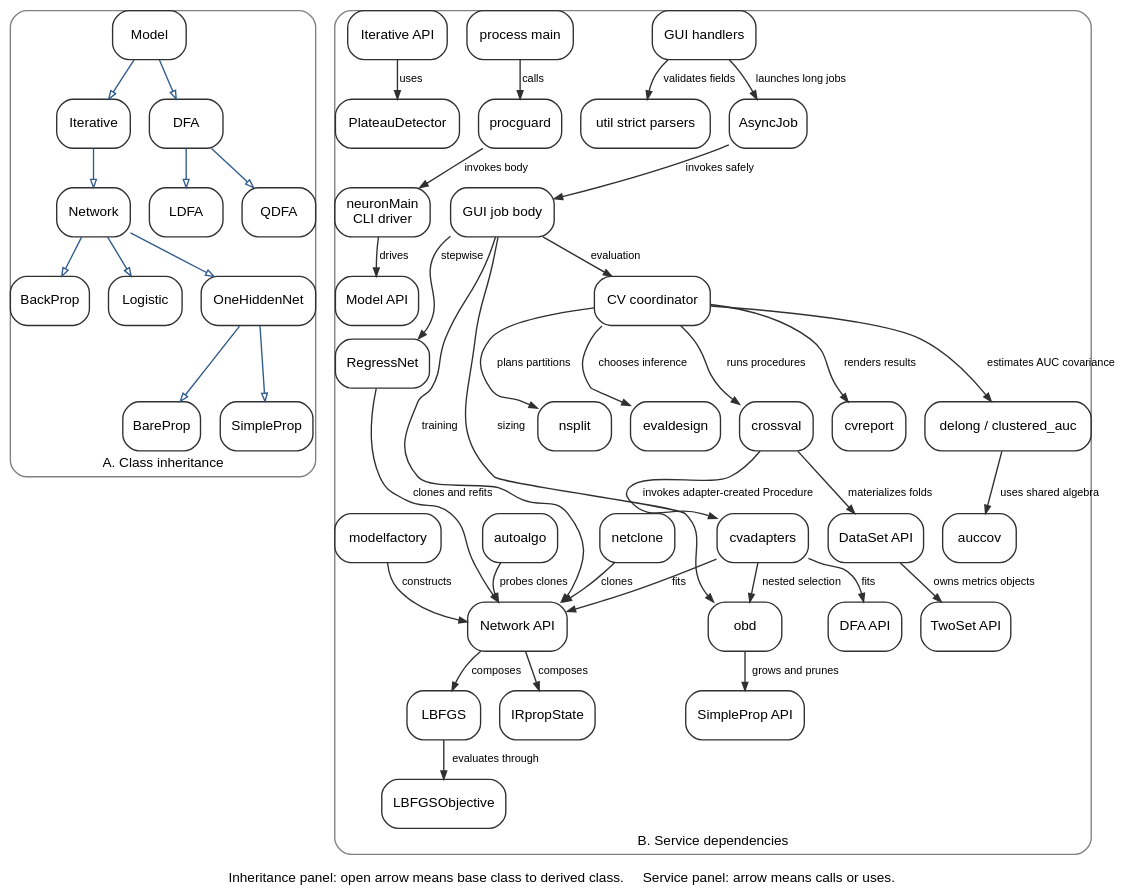
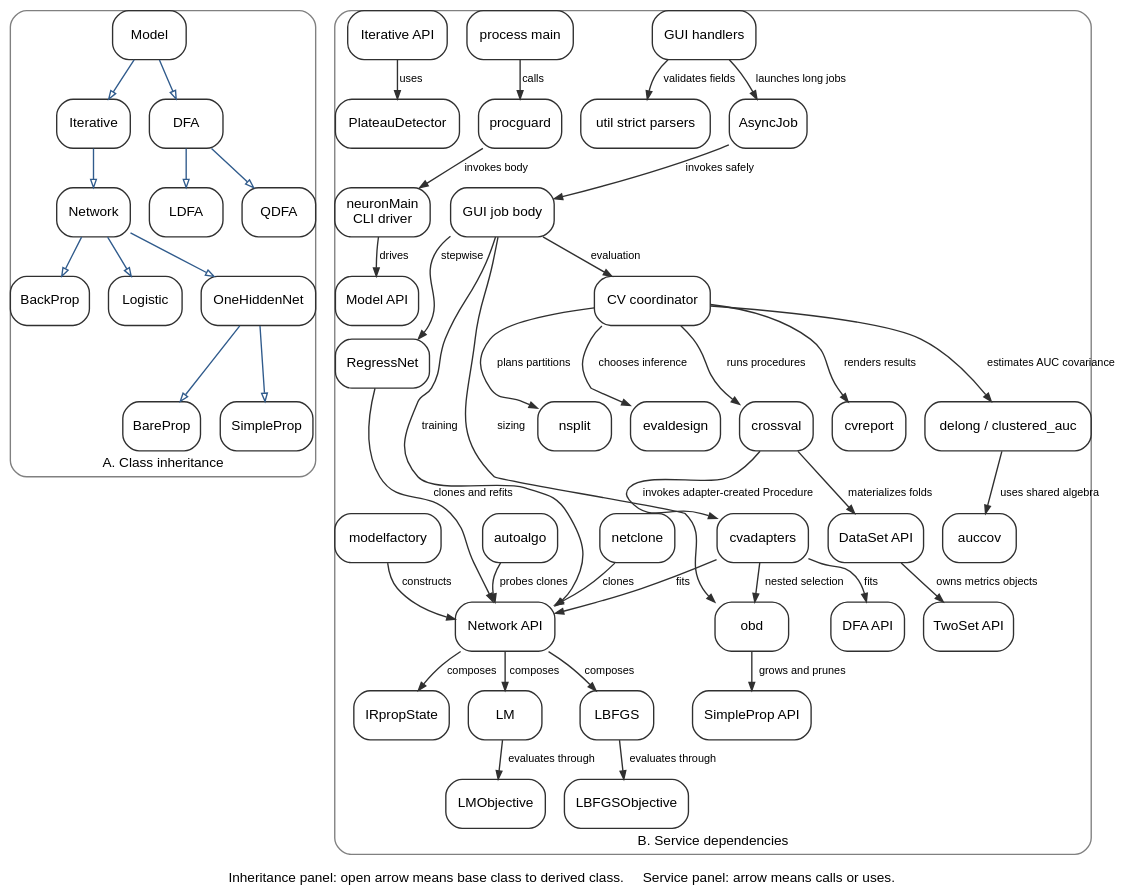
The diagram in docs/tex/figures/objects.dot (craignied/neuron), drawn with Graphviz before and after one commit. The commit also changed 7 other files, not shown here.

```diff
--- a/docs/tex/figures/objects.dot
+++ b/docs/tex/figures/objects.dot
@@ -1,114 +1,118 @@
 digraph neuron_objects {
   graph [rankdir=TB, bgcolor="transparent", margin=0.03, nodesep=0.20,
          ranksep=0.27, fontname="Helvetica", fontsize=10,
          label="Inheritance panel: open arrow means base class to derived class.     Service panel: arrow means calls or uses.",
          labelloc=b, labeljust=c];
   node [shape=box, style="rounded", color="#303030", fontname="Helvetica",
         fontsize=10, margin="0.09,0.05"];
   edge [color="#303030", fontname="Helvetica", fontsize=8, arrowsize=0.60];
 
   subgraph cluster_classes {
     label="A. Class inheritance";
     color="#808080";
     style="rounded";
 
     Model [label="Model"];
     Iterative [label="Iterative"];
     Network [label="Network"];
     OneHidden [label="OneHiddenNet"];
     Bare [label="BareProp"];
     Simple [label="SimpleProp"];
     Back [label="BackProp"];
     Logistic [label="Logistic"];
     DFA [label="DFA"];
     LDFA [label="LDFA"];
     QDFA [label="QDFA"];
 
     Model -> Iterative [arrowhead=empty, color="#305b8c"];
     Iterative -> Network [arrowhead=empty, color="#305b8c"];
     Network -> OneHidden [arrowhead=empty, color="#305b8c"];
     OneHidden -> Bare [arrowhead=empty, color="#305b8c"];
     OneHidden -> Simple [arrowhead=empty, color="#305b8c"];
     Network -> Back [arrowhead=empty, color="#305b8c"];
     Network -> Logistic [arrowhead=empty, color="#305b8c"];
     Model -> DFA [arrowhead=empty, color="#305b8c"];
     DFA -> LDFA [arrowhead=empty, color="#305b8c"];
     DFA -> QDFA [arrowhead=empty, color="#305b8c"];
   }
 
   subgraph cluster_services {
     label="B. Service dependencies";
     color="#808080";
     style="rounded";
 
     Gui [label="GUI handlers"];
     Main [label="process main"];
     Cli [label="neuronMain\nCLI driver"];
     Parse [label="util strict parsers"];
     Async [label="AsyncJob"];
     JobBody [label="GUI job body"];
     Guard [label="procguard"];
 
     CvCoord [label="CV coordinator"];
     Split [label="nsplit"];
     CV [label="crossval"];
     Adapters [label="cvadapters"];
     Eval [label="evaldesign"];
     Est [label="delong / clustered_auc"];
     Cov [label="auccov"];
     Report [label="cvreport"];
 
     OBD [label="obd"];
     RegressNet [label="RegressNet"];
     Factory [label="modelfactory"];
     Clone [label="netclone"];
     Auto [label="autoalgo"];
     Plateau [label="PlateauDetector"];
     LBFGS [label="LBFGS"];
     LBFGSObjective [label="LBFGSObjective"];
     IRprop [label="IRpropState"];
+    LM [label="LM"];
+    LMObjective [label="LMObjective"];
 
     ModelApi [label="Model API"];
     IterativeApi [label="Iterative API"];
     NetworkApi [label="Network API"];
     SimpleApi [label="SimpleProp API"];
     DfaApi [label="DFA API"];
     DataApi [label="DataSet API"];
     TwoSetApi [label="TwoSet API"];
 
     Gui -> Parse [label="validates fields"];
     Gui -> Async [label="launches long jobs"];
     Main -> Guard [label="calls"];
     Guard -> Cli [label="invokes body"];
     Cli -> ModelApi [label="drives"];
 
     Async -> JobBody [label="invokes safely"];
     JobBody -> NetworkApi [label="training"];
     JobBody -> OBD [label="sizing"];
     JobBody -> RegressNet [label="stepwise"];
     JobBody -> CvCoord [label="evaluation"];
 
     CvCoord -> Split [label="plans partitions"];
     CvCoord -> CV [label="runs procedures"];
     CvCoord -> Eval [label="chooses inference"];
     CvCoord -> Est [label="estimates AUC covariance"];
     CvCoord -> Report [label="renders results"];
     CV -> DataApi [label="materializes folds"];
     CV -> Adapters [label="invokes adapter-created Procedure"];
     Adapters -> NetworkApi [label="fits"];
     Adapters -> DfaApi [label="fits"];
     Adapters -> OBD [label="nested selection"];
     Est -> Cov [label="uses shared algebra"];
 
     DataApi -> TwoSetApi [label="owns metrics objects"];
     IterativeApi -> Plateau [label="uses"];
     OBD -> SimpleApi [label="grows and prunes"];
     RegressNet -> NetworkApi [label="clones and refits"];
     Factory -> NetworkApi [label="constructs"];
     Clone -> NetworkApi [label="clones"];
     Auto -> NetworkApi [label="probes clones"];
     NetworkApi -> LBFGS [label="composes"];
     LBFGS -> LBFGSObjective [label="evaluates through"];
     NetworkApi -> IRprop [label="composes"];
+    NetworkApi -> LM [label="composes"];
+    LM -> LMObjective [label="evaluates through"];
   }
 }
```
